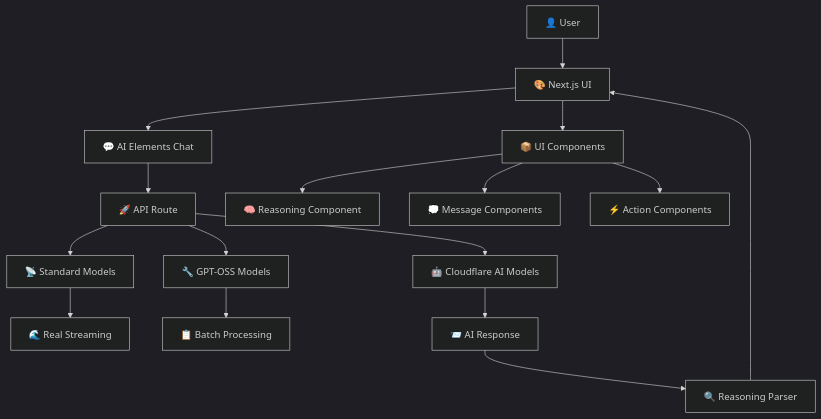
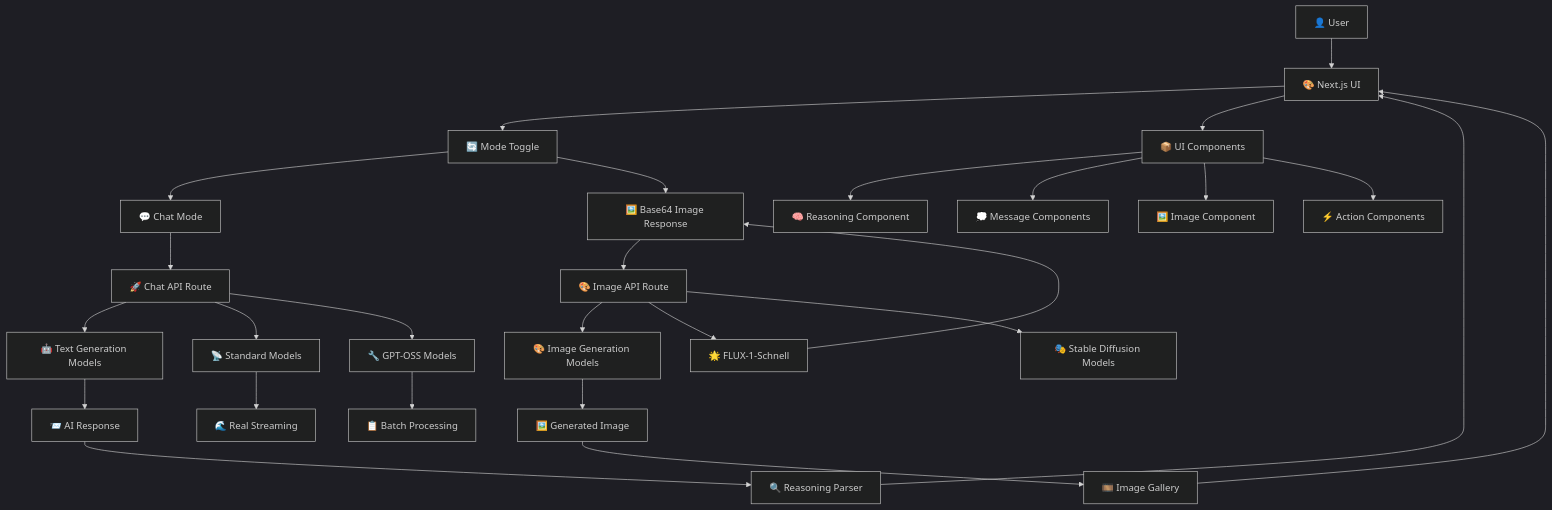
Before and after one commit to devhims/opengpt: the first of 12 diagrams in architecture.md, drawn with Mermaid (dark theme). The commit also changed other lines of this file and 19 other files, not shown here.

First line of the commit message:
feat: implement dual-mode interface for chat and image generation

````diff
--- a/architecture.md
+++ b/architecture.md
@@ -9,22 +9,37 @@
 ```mermaid
 graph TB
     User[👤 User] --> UI[🎨 Next.js UI]
-    UI --> Chat[💬 AI Elements Chat]
-    Chat --> API[🚀 API Route]
-    API --> Models[🤖 Cloudflare AI Models]
+    UI --> ModeToggle[🔄 Mode Toggle]
+
+    ModeToggle --> Chat[💬 Chat Mode]
+    ModeToggle --> ImageGen[🖼️ Image Generation Mode]
+
+    Chat --> ChatAPI[🚀 Chat API Route]
+    ImageGen --> ImageAPI[🎨 Image API Route]
+
+    ChatAPI --> TextModels[🤖 Text Generation Models]
+    ImageAPI --> ImageModels[🎨 Image Generation Models]
 
     UI --> Components[📦 UI Components]
     Components --> Reasoning[🧠 Reasoning Component]
     Components --> Messages[💭 Message Components]
+    Components --> ImageComp[🖼️ Image Component]
     Components --> Actions[⚡ Action Components]
 
-    API --> Standard[📡 Standard Models]
-    API --> GPT[🔧 GPT-OSS Models]
+    ChatAPI --> Standard[📡 Standard Models]
+    ChatAPI --> GPT[🔧 GPT-OSS Models]
+    ImageAPI --> FLUX[🌟 FLUX-1-Schnell]
+    ImageAPI --> StableDiff[🎭 Stable Diffusion Models]
 
     Standard --> Stream[🌊 Real Streaming]
     GPT --> Batch[📋 Batch Processing]
+    FLUX --> ImageGen[🖼️ Base64 Image Response]
 
-    Models --> Response[📨 AI Response]
+    TextModels --> Response[📨 AI Response]
     Response --> Parser[🔍 Reasoning Parser]
     Parser --> UI
+
+    ImageModels --> ImageResponse[🖼️ Generated Image]
+    ImageResponse --> Gallery[🎞️ Image Gallery]
+    Gallery --> UI
 ```
````
